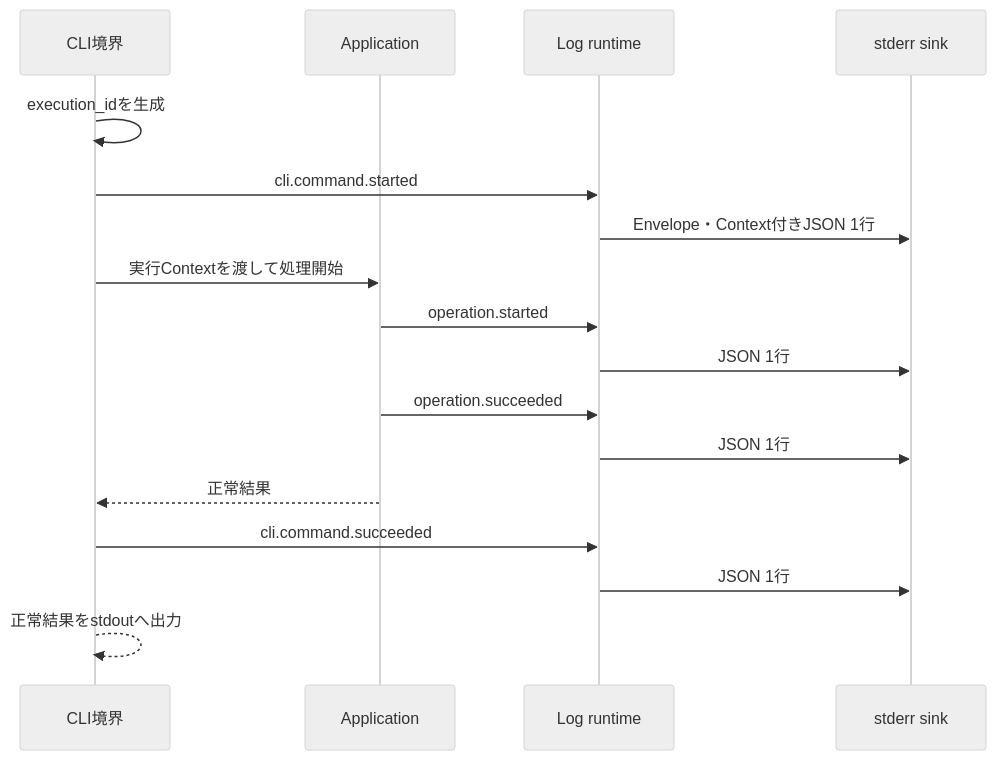
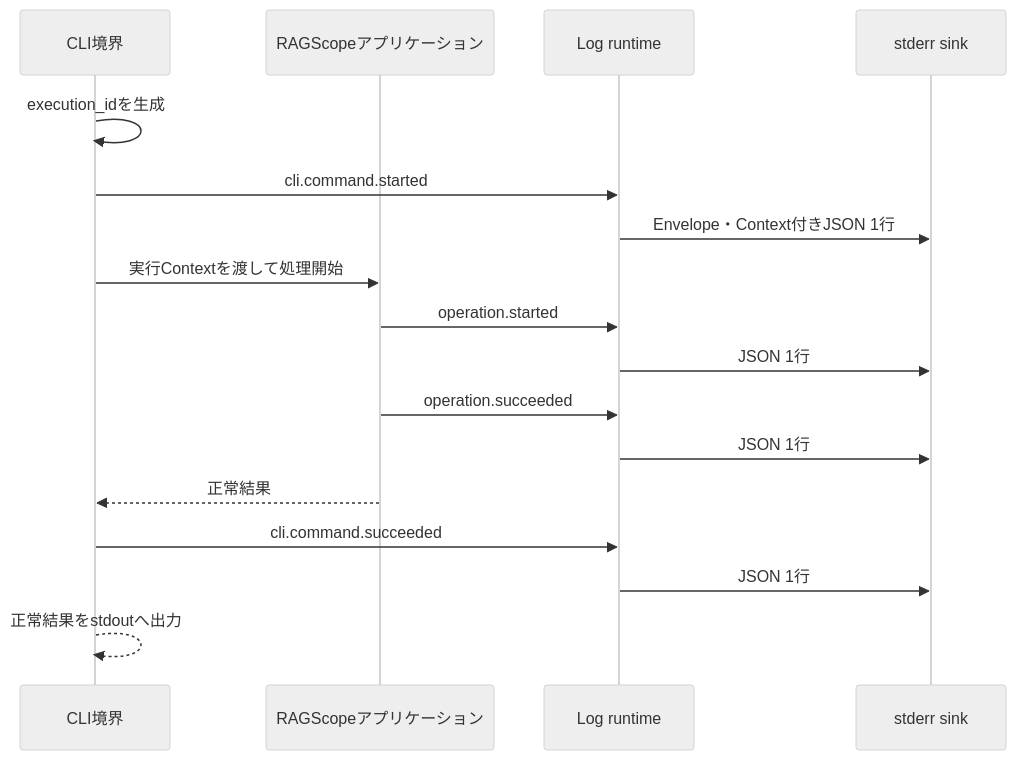
One commit to takashit16833/RAGScope changed the third of 4 diagrams in RAGScope/docs/design/エラー・ログ設計.md. Above: the diagram before and after it, drawn with Mermaid (neutral theme). The commit also changed other lines of this file and 4 other files, not shown here.

````diff
--- a/RAGScope/docs/design/エラー・ログ設計.md
+++ b/RAGScope/docs/design/エラー・ログ設計.md
@@ -697,21 +697,21 @@
 ```mermaid
 sequenceDiagram
     participant CLI as CLI境界
-    participant App as Application
+    participant App as RAGScopeアプリケーション
     participant Log as Log runtime
     participant Sink as stderr sink
 
 
     CLI->>CLI: execution_idを生成
     CLI->>Log: cli.command.started
     Log->>Sink: Envelope・Context付きJSON 1行
     CLI->>App: 実行Contextを渡して処理開始
     App->>Log: operation.started
     Log->>Sink: JSON 1行
     App->>Log: operation.succeeded
     Log->>Sink: JSON 1行
     App-->>CLI: 正常結果
     CLI->>Log: cli.command.succeeded
     Log->>Sink: JSON 1行
     CLI-->>CLI: 正常結果をstdoutへ出力
 ```
````
